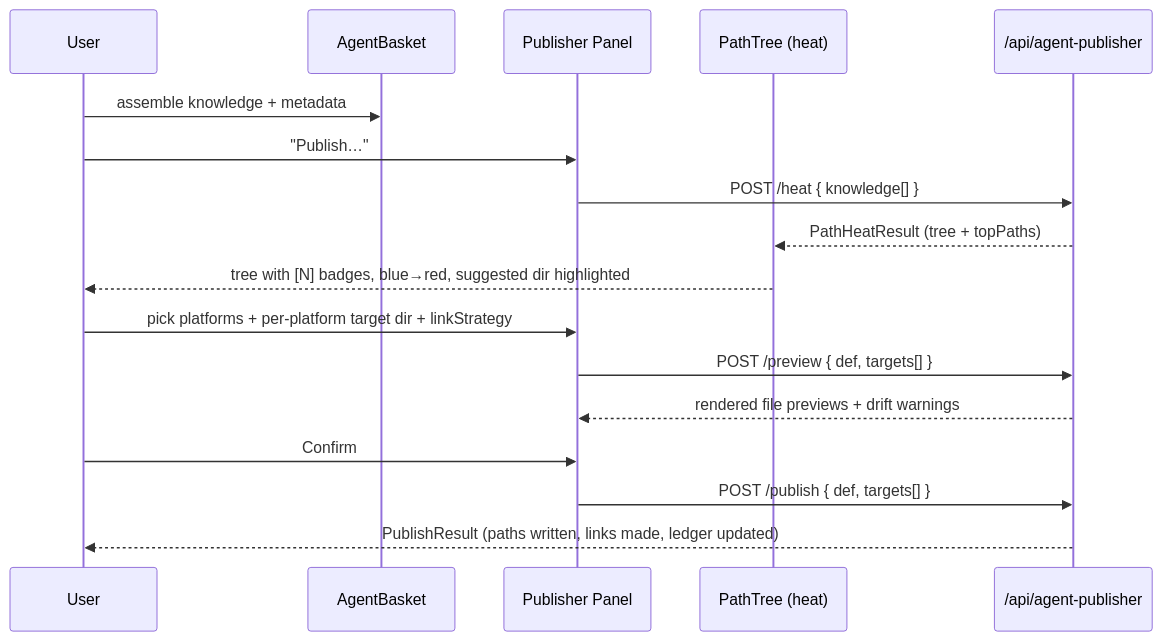
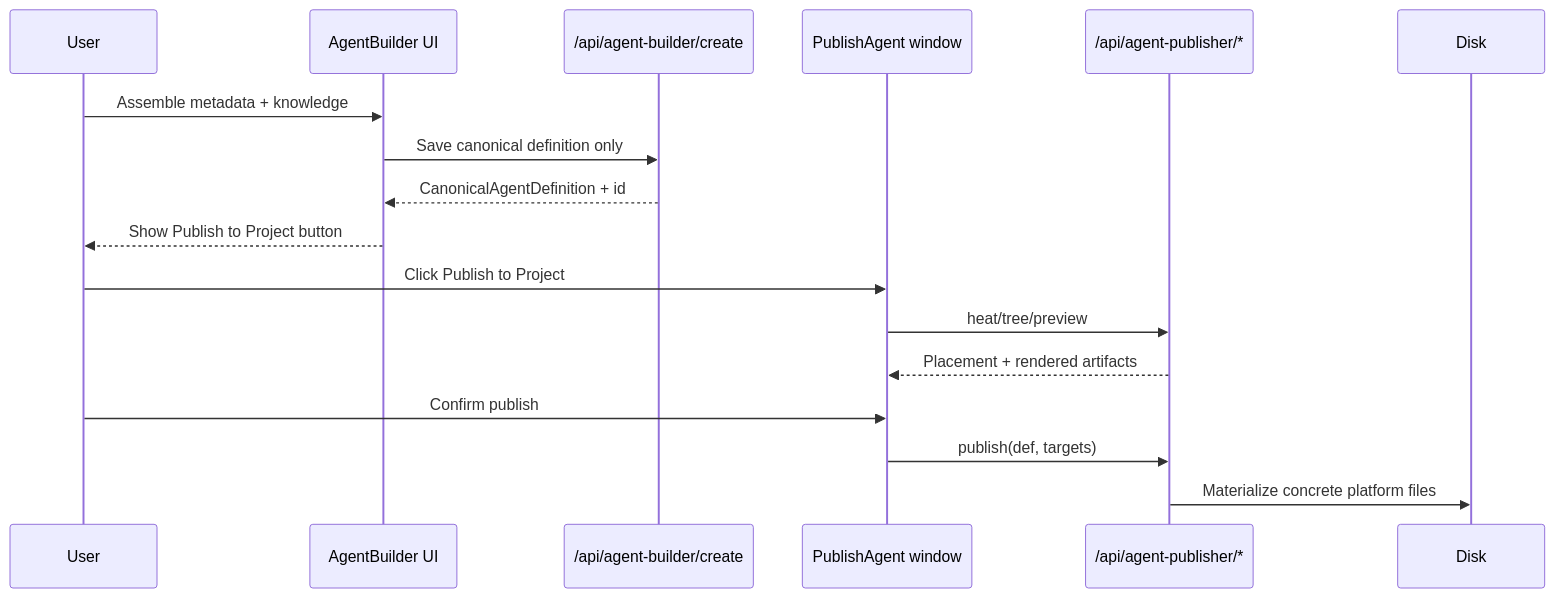
The first of 8 diagrams in server/zz-reach2/upgrades/2026-06/r2ab2-agent-builder-2.md (Kyliathy/context-core), drawn with Mermaid before and after one commit. The commit also changed other lines of this file and 87 other files, not shown here.

````diff
--- a/server/zz-reach2/upgrades/2026-06/r2ab2-agent-builder-2.md
+++ b/server/zz-reach2/upgrades/2026-06/r2ab2-agent-builder-2.md
@@ -465,19 +53,20 @@
 ```mermaid
 sequenceDiagram
-    participant U as User
-    participant B as AgentBasket
-    participant PUB as Publisher Panel
-    participant PT as PathTree (heat)
-    participant API as /api/agent-publisher
-    U->>B: assemble knowledge + metadata
-    U->>PUB: "Publish…"
-    PUB->>API: POST /heat { knowledge[] }
-    API-->>PT: PathHeatResult (tree + topPaths)
-    PT-->>U: tree with [N] badges, blue→red, suggested dir highlighted
-    U->>PUB: pick platforms + per-platform target dir + linkStrategy
-    PUB->>API: POST /preview { def, targets[] }
-    API-->>PUB: rendered file previews + drift warnings
-    U->>PUB: Confirm
-    PUB->>API: POST /publish { def, targets[] }
-    API-->>U: PublishResult (paths written, links made, ledger updated)
+    participant User
+    participant Basket as AgentBuilder UI
+    participant BuilderAPI as /api/agent-builder/create
+    participant PublisherUI as PublishAgent window
+    participant PublisherAPI as /api/agent-publisher/*
+    participant Disk
+
+    User->>Basket: Assemble metadata + knowledge
+    Basket->>BuilderAPI: Save canonical definition only
+    BuilderAPI-->>Basket: CanonicalAgentDefinition + id
+    Basket-->>User: Show Publish to Project button
+    User->>PublisherUI: Click Publish to Project
+    PublisherUI->>PublisherAPI: heat/tree/preview
+    PublisherAPI-->>PublisherUI: Placement + rendered artifacts
+    User->>PublisherUI: Confirm publish
+    PublisherUI->>PublisherAPI: publish(def, targets)
+    PublisherAPI->>Disk: Materialize concrete platform files
 ```
````
